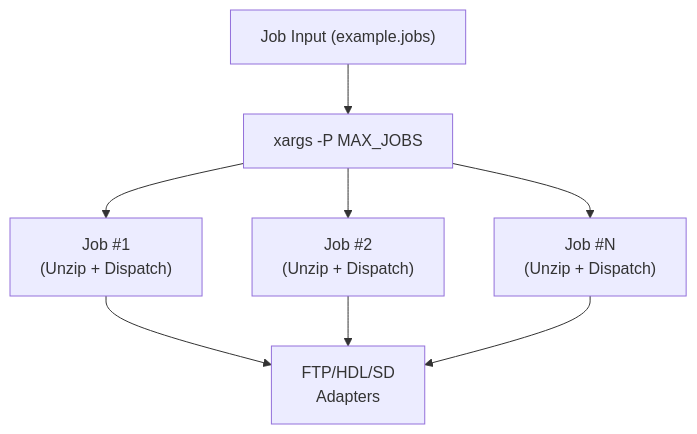
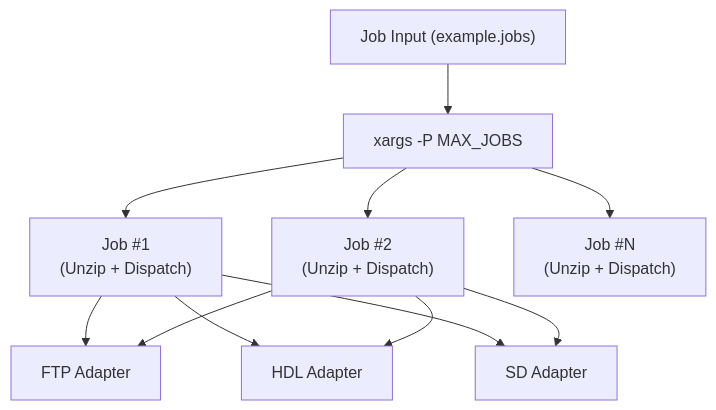
Before and after one commit to patrickfcarey/loadout-pipeline: the third of 4 diagrams in architecture.md, drawn with Mermaid.

````diff
--- a/architecture.md
+++ b/architecture.md
@@ -80,16 +80,21 @@
 ```mermaid
 flowchart TD
     A["Job Input (example.jobs)"]
     B["xargs -P MAX_JOBS"]
     C1["Job #1<br/>(Unzip + Dispatch)"]
     C2["Job #2<br/>(Unzip + Dispatch)"]
     C3["Job #N<br/>(Unzip + Dispatch)"]
-    E1["FTP/HDL/SD<br/>Adapters"]
+    E1["FTP Adapter"]
+    E2["HDL Adapter"]
+    E3["SD Adapter"]
     A --> B
     B --> C1
     B --> C2
     B --> C3
     C1 --> E1
+    C1 --> E2
+    C1 --> E3
     C2 --> E1
-    C3 --> E1
+    C2 --> E2
+    C2 --> E3
 ```
````
